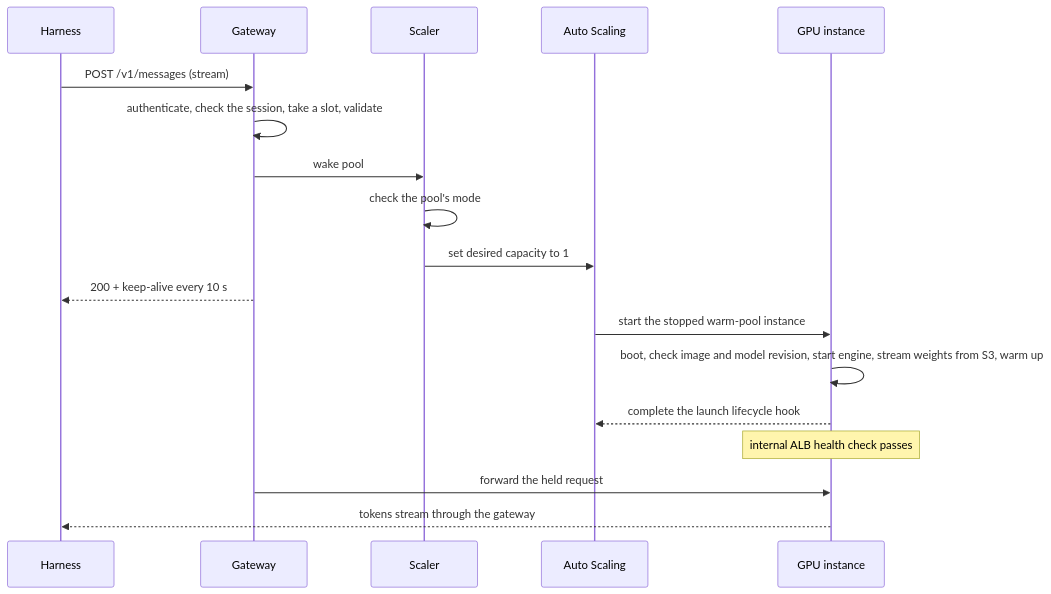
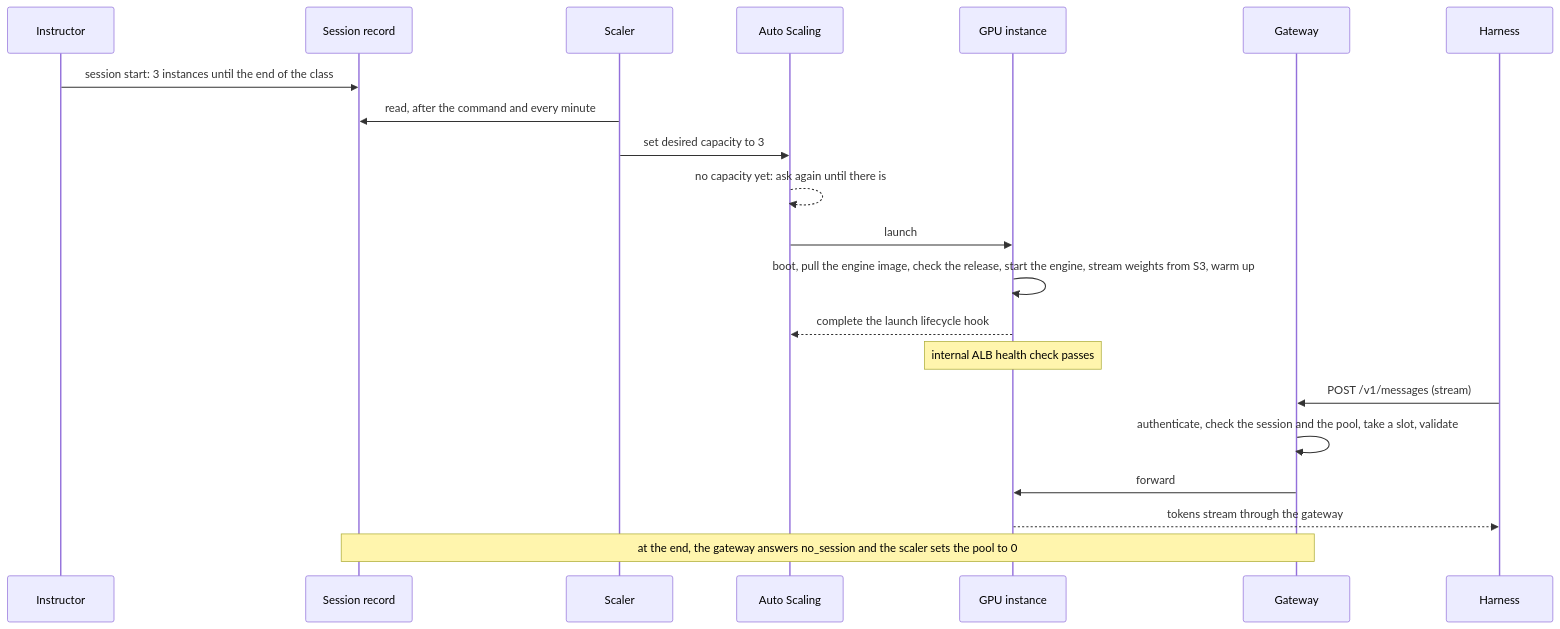
The second of 3 diagrams in docs/design/system-design.md (GuilhemBusset/research-harness-inference), drawn with Mermaid before and after one commit. The commit also changed other lines of this file and 1 other file, not shown here.

Commit message:
System design: the instructor books each session, and nothing scales by load

````diff
--- a/docs/design/system-design.md
+++ b/docs/design/system-design.md
@@ -143,20 +144,23 @@
 ```mermaid
 sequenceDiagram
-  participant H as Harness
-  participant G as Gateway
+  participant I as Instructor
+  participant T as Session record
   participant S as Scaler
   participant A as Auto Scaling
-  participant I as GPU instance
-  H->>G: POST /v1/messages (stream)
-  G->>G: authenticate, check the session, take a slot, validate
-  G->>S: wake pool
-  S->>S: check the pool's mode
-  S->>A: set desired capacity to 1
-  G-->>H: 200 + keep-alive every 10 s
-  A->>I: start the stopped warm-pool instance
-  I->>I: boot, check image and model revision, start engine, stream weights from S3, warm up
-  I-->>A: complete the launch lifecycle hook
-  Note over I: internal ALB health check passes
-  G->>I: forward the held request
-  I-->>H: tokens stream through the gateway
+  participant G as GPU instance
+  participant W as Gateway
+  participant H as Harness
+  I->>T: session start: 3 instances until the end of the class
+  S->>T: read, after the command and every minute
+  S->>A: set desired capacity to 3
+  A-->>A: no capacity yet: ask again until there is
+  A->>G: launch
+  G->>G: boot, pull the engine image, check the release, start the engine, stream weights from S3, warm up
+  G-->>A: complete the launch lifecycle hook
+  Note over G: internal ALB health check passes
+  H->>W: POST /v1/messages (stream)
+  W->>W: authenticate, check the session and the pool, take a slot, validate
+  W->>G: forward
+  G-->>H: tokens stream through the gateway
+  Note over T,W: at the end, the gateway answers no_session and the scaler sets the pool to 0
 ```
````
